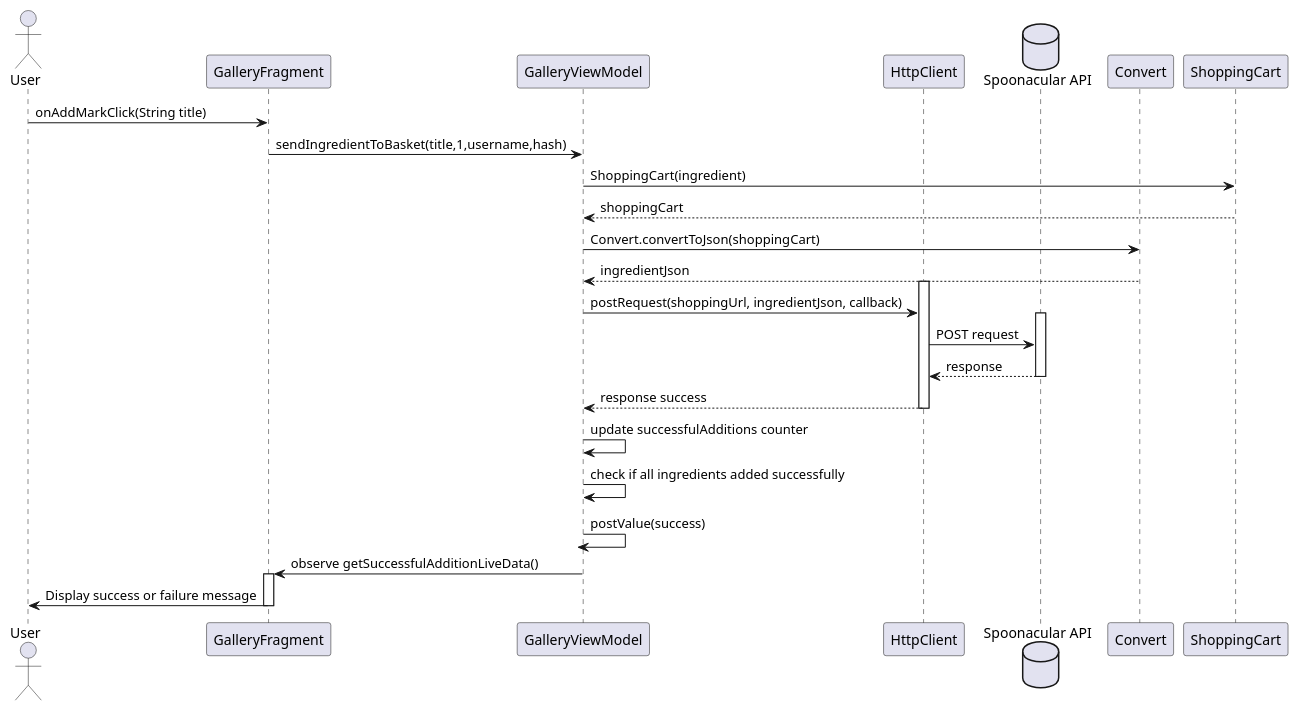
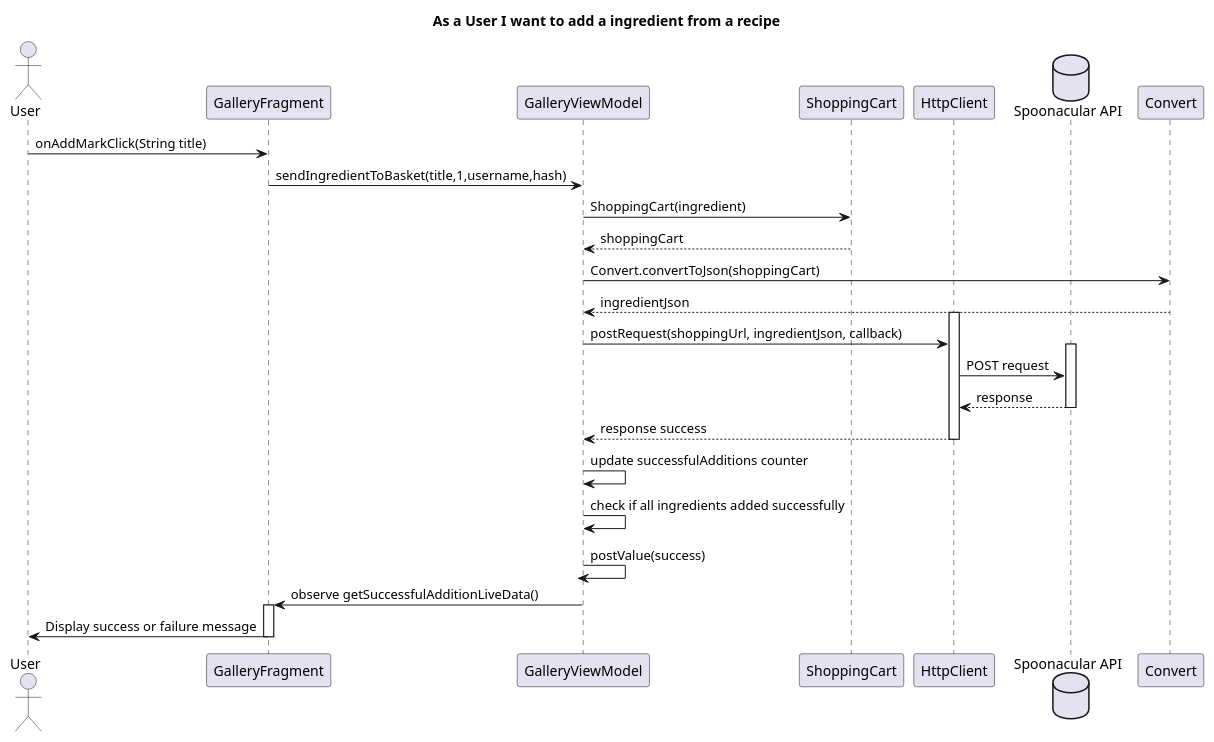
One commit to IsepMartimOliveira/DSSMV_ProjectDroid_1181754 changed the diagram in Documents/US/US05/SD.puml. Above: the diagram before and after it, drawn with PlantUML. The commit also changed 23 other files, not shown here.

```diff
--- a/Documents/US/US05/SD.puml
+++ b/Documents/US/US05/SD.puml
@@ -1,37 +1,40 @@
 @startuml
 actor User as User
+title As a User I want to add a ingredient from a recipe
+
 participant "GalleryFragment" as GalleryFragment
 participant "GalleryViewModel" as GalleryViewModel
+participant "ShoppingCart" as ShoppingCart
+
 participant "HttpClient" as HttpClient
 database "Spoonacular API" as Server
 participant "Convert" as Convert
-participant "ShoppingCart" as ShoppingCart
 
 User -> GalleryFragment: onAddMarkClick(String title)
 GalleryFragment -> GalleryViewModel: sendIngredientToBasket(title,1,username,hash)
 GalleryViewModel->ShoppingCart:ShoppingCart(ingredient)
 ShoppingCart-->GalleryViewModel: shoppingCart
 GalleryViewModel->Convert:Convert.convertToJson(shoppingCart)
 Convert-->GalleryViewModel:ingredientJson
 
 activate HttpClient
 
 GalleryViewModel -> HttpClient: postRequest(shoppingUrl, ingredientJson, callback)
 activate Server
 
 HttpClient->Server:POST request
 Server-->"HttpClient":response
 
 deactivate Server
 HttpClient --> GalleryViewModel: response success
 deactivate HttpClient
 GalleryViewModel -> GalleryViewModel: update successfulAdditions counter
 GalleryViewModel -> GalleryViewModel: check if all ingredients added successfully
 GalleryViewModel -> GalleryViewModel: postValue(success)
 deactivate GalleryViewModel
 GalleryViewModel -> GalleryFragment: observe getSuccessfulAdditionLiveData()
 activate GalleryFragment
 GalleryFragment -> User: Display success or failure message
 deactivate GalleryFragment
 
 @enduml
```
